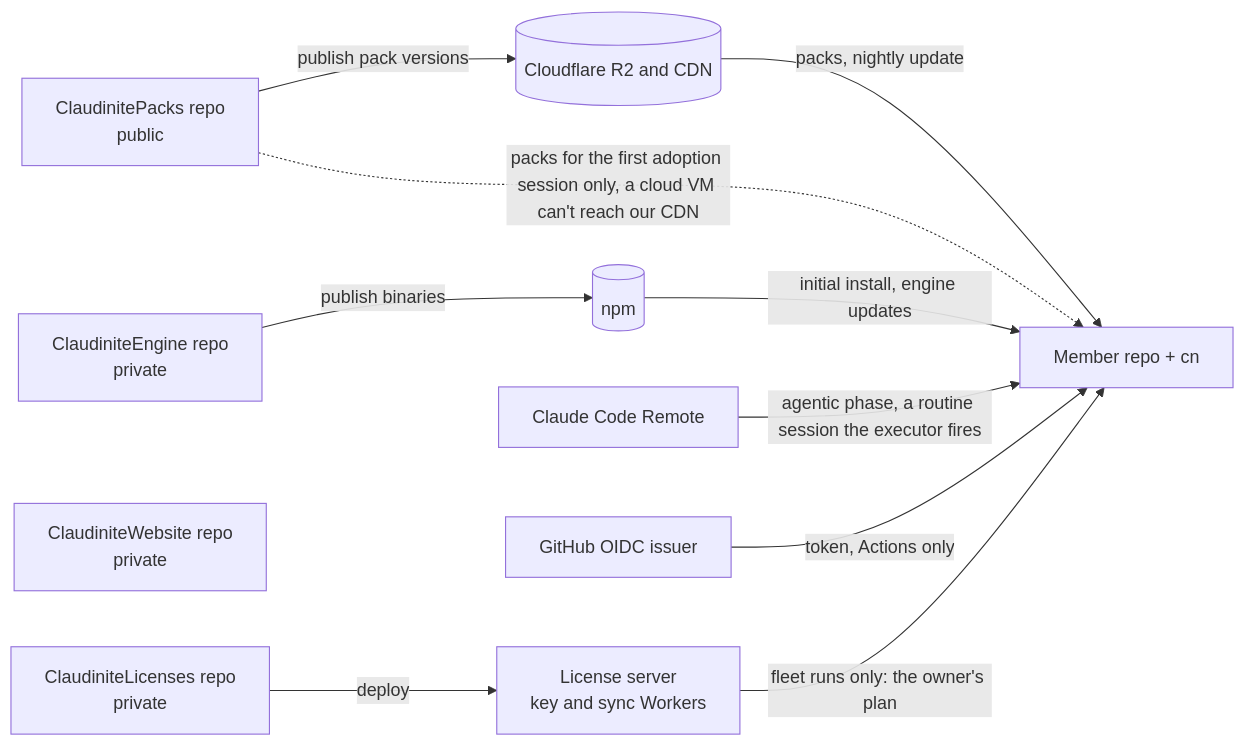
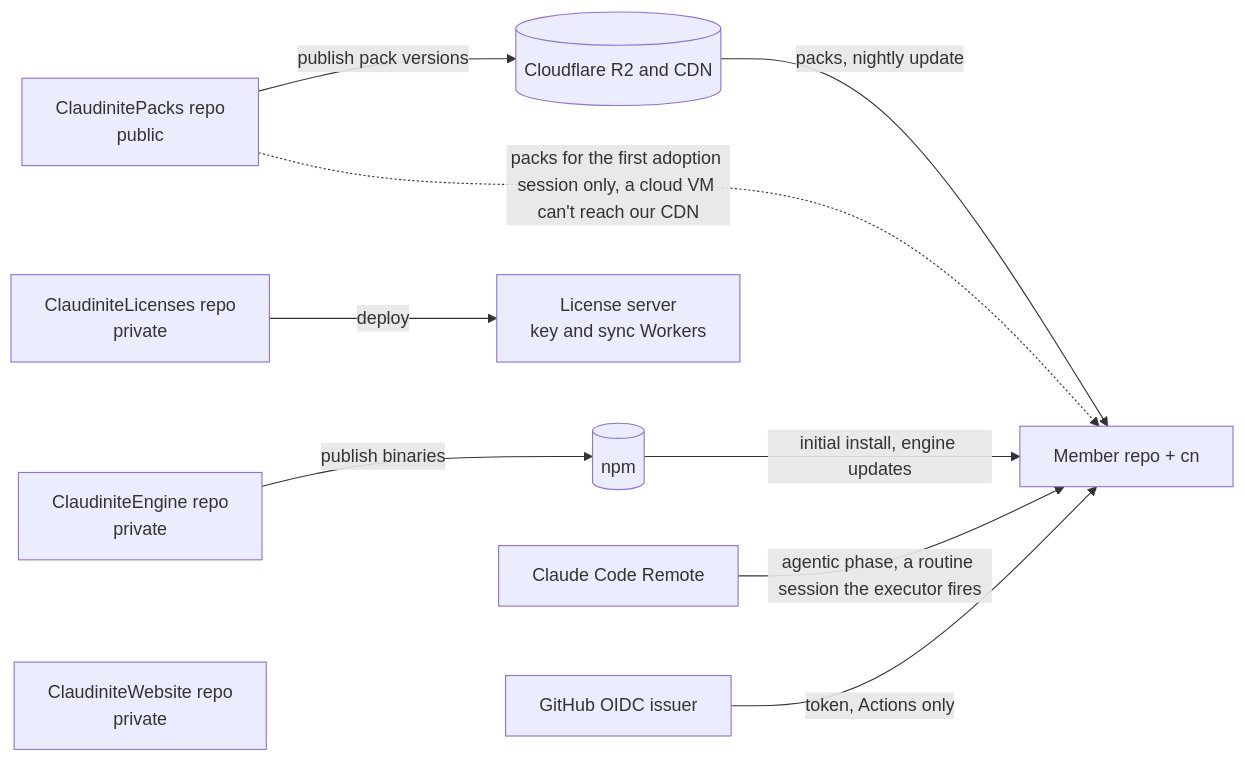
Before and after one commit to missingbulb/ClaudiniteEngine: the first of 8 diagrams in docs/design.md, drawn with Mermaid. The commit also changed other lines of this file and 328 other files, not shown here.

````diff
--- a/docs/design.md
+++ b/docs/design.md
@@ -13,26 +13,25 @@
 ```mermaid
 flowchart LR
   ENGR[ClaudiniteEngine repo<br/>private]
   PACKR[ClaudinitePacks repo<br/>public]
   WEBR[ClaudiniteWebsite repo<br/>private]
   LICR[ClaudiniteLicenses repo<br/>private]
   NPM[(npm)]
   R2[(Cloudflare R2 and CDN)]
   LIC[License server<br/>key and sync Workers]
   OIDC[GitHub OIDC issuer]
   CCR[Claude Code Remote]
   MEMB[Member repo + cn]
 
   ENGR -- publish binaries --> NPM
   PACKR -- publish pack versions --> R2
   LICR -- deploy --> LIC
   WEBR ~~~ OIDC
   ENGR ~~~ CCR
 
   NPM -- initial install, engine updates --> MEMB
   R2 -- packs, nightly update --> MEMB
   PACKR -. packs for the first adoption session only, a cloud VM can't reach our CDN .-> MEMB
   OIDC -- token, Actions only --> MEMB
-  LIC -- fleet runs only: the owner's plan --> MEMB
   CCR -- agentic phase, a routine session the executor fires --> MEMB
 ```
````
